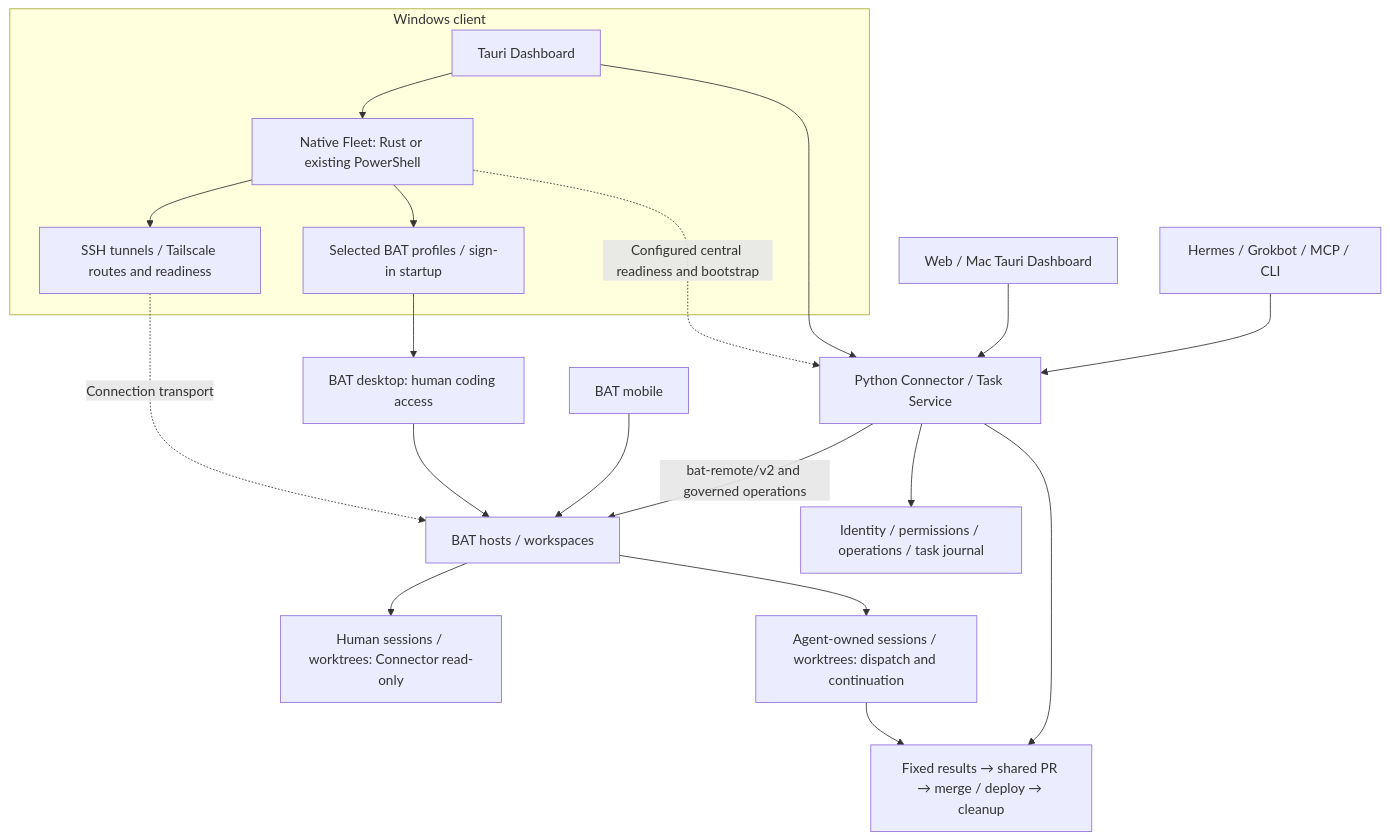
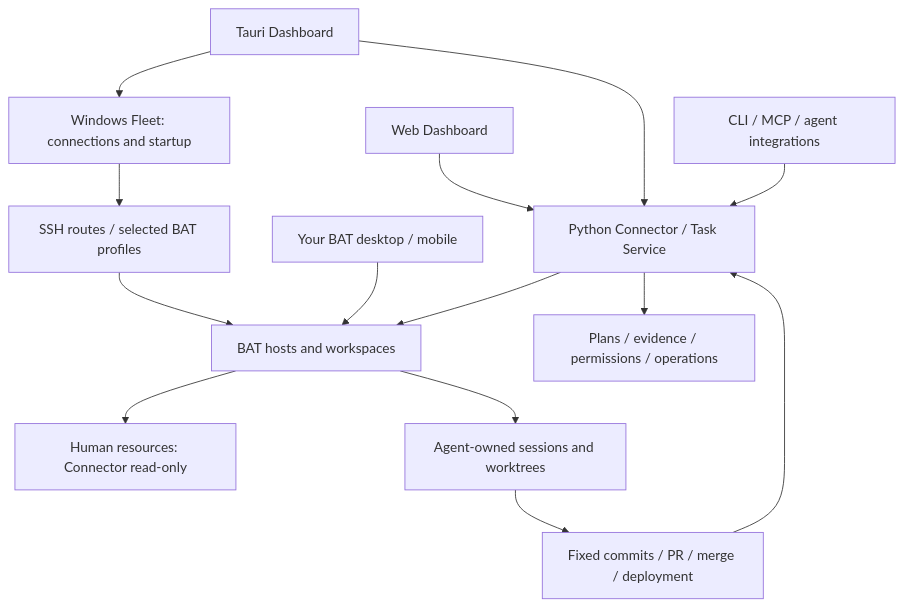
Before and after one commit to TED-H-com/bat-agent-connector: the diagram in README.md, drawn with Mermaid. The commit also changed other lines of this file and 14 other files, not shown here.

````diff
--- a/README.md
+++ b/README.md
@@ -53,22 +65,16 @@
 ```mermaid
 flowchart TB
-    subgraph Windows[Windows client]
-        Desktop[Tauri Dashboard] --> Fleet[Native Fleet: Rust or existing PowerShell]
-        Fleet --> Routes[SSH tunnels / Tailscale routes and readiness]
-        Fleet --> Profiles[Selected BAT profiles / sign-in startup]
-    end
-    Web[Web / Mac Tauri Dashboard] --> Central[Python Connector / Task Service]
-    Desktop --> Central
-    Agents[Hermes / Grokbot / MCP / CLI] --> Central
-    Fleet -. Configured central readiness and bootstrap .-> Central
-    Routes -. Connection transport .-> BAT[BAT hosts / workspaces]
-    Profiles --> Human[BAT desktop: human coding access]
-    Mobile[BAT mobile] --> BAT
-    Human --> BAT
-    Central -->|bat-remote/v2 and governed operations| BAT
-    Central --> Journal[Identity / permissions / operations / task journal]
-    BAT --> Manual[Human sessions / worktrees: Connector read-only]
-    BAT --> Managed[Agent-owned sessions / worktrees: dispatch and continuation]
-    Managed --> Delivery[Fixed results → shared PR → merge / deploy → cleanup]
-    Central --> Delivery
+    Web[Web Dashboard] --> Central[Python Connector / Task Service]
+    Desktop[Tauri Dashboard] --> Central
+    API[CLI / MCP / agent integrations] --> Central
+    Desktop --> Fleet[Windows Fleet: connections and startup]
+    Fleet --> Routes[SSH routes / selected BAT profiles]
+    Routes --> BAT[BAT hosts and workspaces]
+    Human[Your BAT desktop / mobile] --> BAT
+    Central --> Journal[Plans / evidence / permissions / operations]
+    Central --> BAT
+    BAT --> Manual[Human resources: Connector read-only]
+    BAT --> Managed[Agent-owned sessions and worktrees]
+    Managed --> Delivery[Fixed commits / PR / merge / deployment]
+    Delivery --> Central
 ```
````
